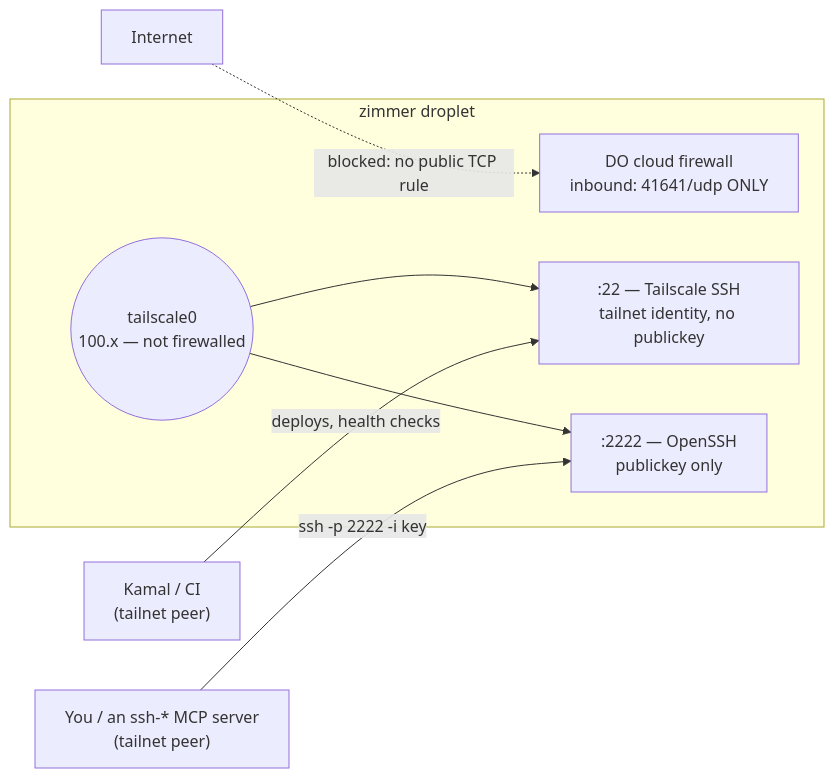
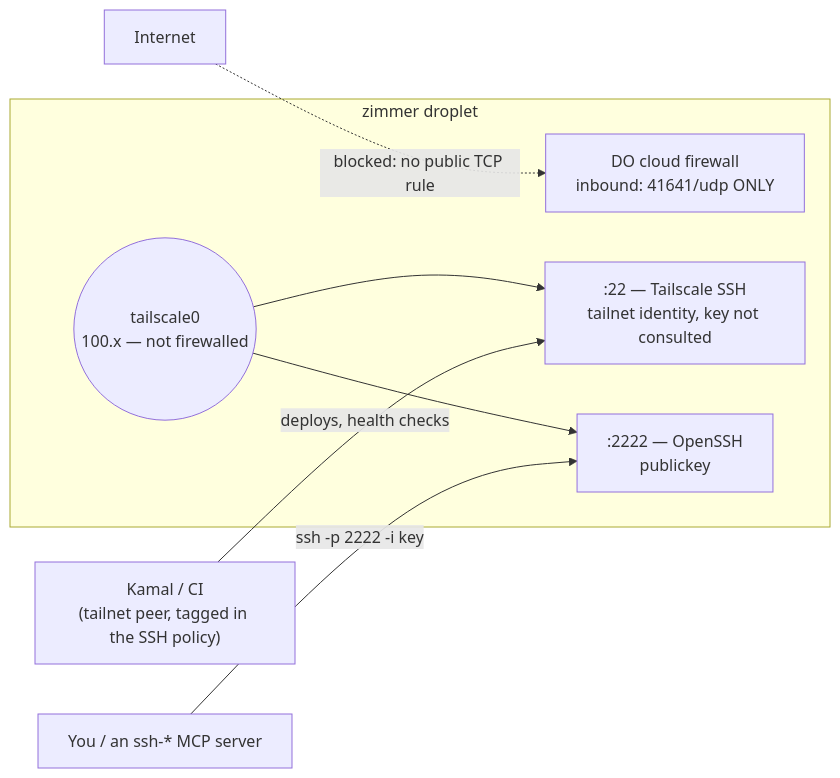
One commit to tadasant/zimmer changed the diagram in docs/src/content/docs/operate/ssh-access.md. Above: the diagram before and after it, drawn with Mermaid. The commit also changed other lines of this file and 2 other files, not shown here.

First line of the commit message:
docs(ssh): correct the :22 semantics, the tfvars path, and the prod key converge

````diff
--- a/docs/src/content/docs/operate/ssh-access.md
+++ b/docs/src/content/docs/operate/ssh-access.md
@@ -47,14 +47,14 @@
 ```mermaid
 flowchart LR
     NET["Internet"] -.->|"blocked: no public TCP rule"| FW
     subgraph DROPLET["zimmer droplet"]
         FW["DO cloud firewall<br/>inbound: 41641/udp ONLY"]
         TS(("tailscale0<br/>100.x — not firewalled"))
-        TSSH[":22 — Tailscale SSH<br/>tailnet identity, no publickey"]
-        OSSH[":2222 — OpenSSH<br/>publickey only"]
+        TSSH[":22 — Tailscale SSH<br/>tailnet identity, key not consulted"]
+        OSSH[":2222 — OpenSSH<br/>publickey"]
         TS --> TSSH
         TS --> OSSH
     end
-    KAMAL["Kamal / CI<br/>(tailnet peer)"] -->|"deploys, health checks"| TSSH
-    OP["You / an ssh-* MCP server<br/>(tailnet peer)"] -->|"ssh -p 2222 -i key"| OSSH
+    KAMAL["Kamal / CI<br/>(tailnet peer, tagged in the SSH policy)"] -->|"deploys, health checks"| TSSH
+    OP["You / an ssh-* MCP server"] -->|"ssh -p 2222 -i key"| OSSH
 ```
````
